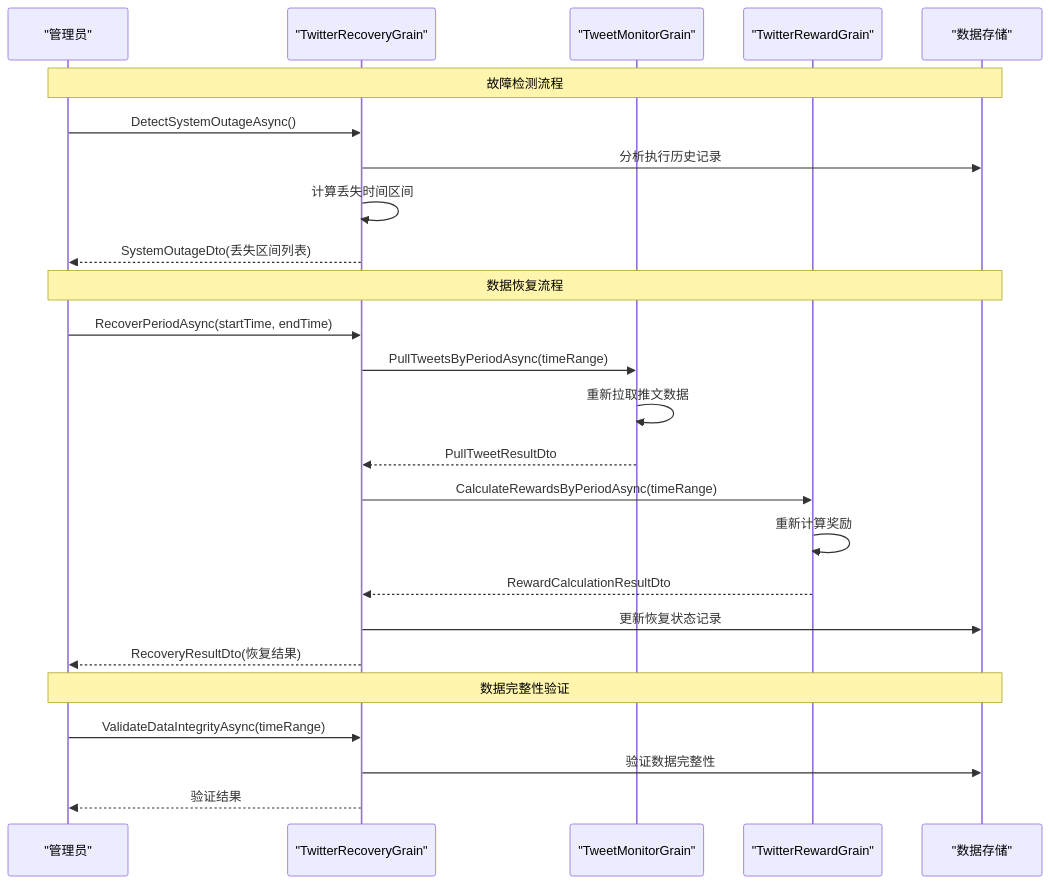
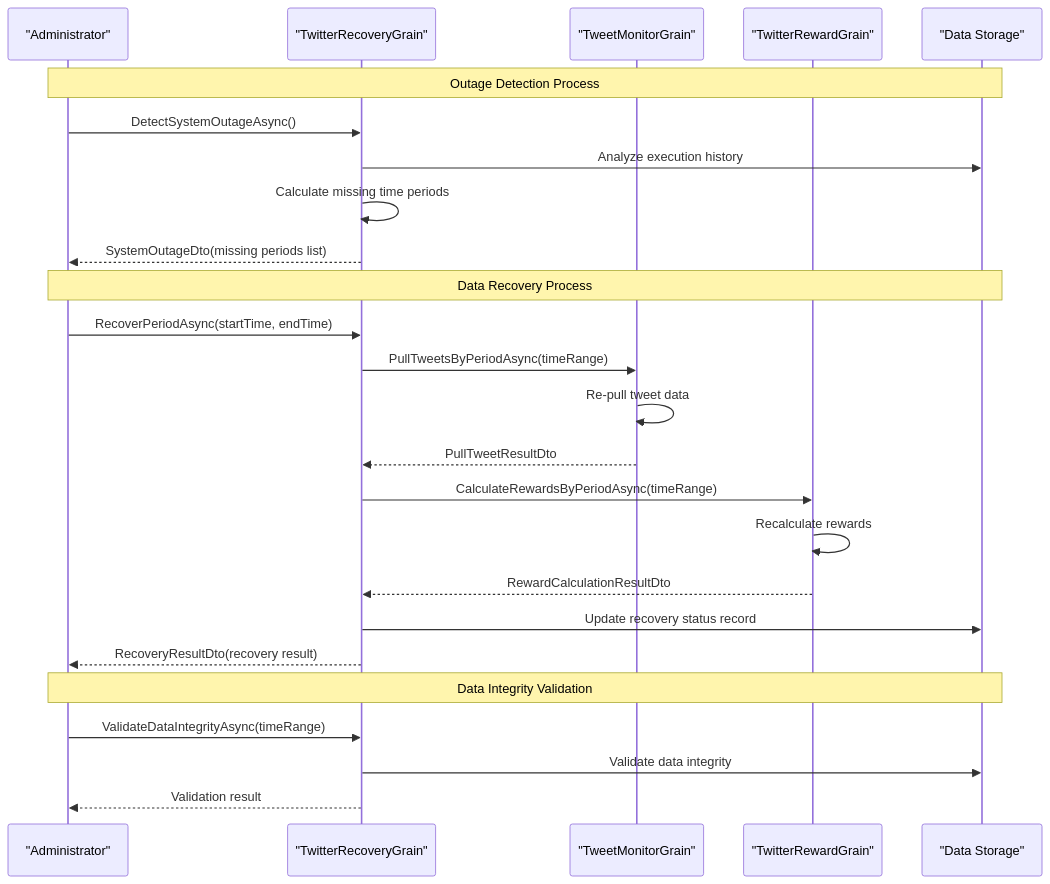
The fifth of 6 diagrams in docs/requirements/req-003-twitter-credits-reward.md (aevatarAI/godgpt), drawn with Mermaid before and after one commit. The commit also changed other lines of this file, not shown here.

First line of the commit message:
docs: Translate Chinese code comments and labels to English in Twitter credits reward system requirements

````diff
--- a/docs/requirements/req-003-twitter-credits-reward.md
+++ b/docs/requirements/req-003-twitter-credits-reward.md
@@ -1067,32 +1067,32 @@
 ```mermaid
 sequenceDiagram
-    participant Admin as "管理员"
+    participant Admin as "Administrator"
     participant TRC as "TwitterRecoveryGrain"
     participant TMG as "TweetMonitorGrain"
     participant TRG as "TwitterRewardGrain"
-    participant Storage as "数据存储"
+    participant Storage as "Data Storage"
 
-    Note over Admin,Storage: 故障检测流程
+    Note over Admin,Storage: Outage Detection Process
     Admin->>TRC: DetectSystemOutageAsync()
-    TRC->>Storage: 分析执行历史记录
-    TRC->>TRC: 计算丢失时间区间
-    TRC-->>Admin: SystemOutageDto(丢失区间列表)
+    TRC->>Storage: Analyze execution history
+    TRC->>TRC: Calculate missing time periods
+    TRC-->>Admin: SystemOutageDto(missing periods list)
     
-    Note over Admin,Storage: 数据恢复流程
+    Note over Admin,Storage: Data Recovery Process
     Admin->>TRC: RecoverPeriodAsync(startTime, endTime)
     TRC->>TMG: PullTweetsByPeriodAsync(timeRange)
-    TMG->>TMG: 重新拉取推文数据
+    TMG->>TMG: Re-pull tweet data
     TMG-->>TRC: PullTweetResultDto
     
     TRC->>TRG: CalculateRewardsByPeriodAsync(timeRange)
-    TRG->>TRG: 重新计算奖励
+    TRG->>TRG: Recalculate rewards
     TRG-->>TRC: RewardCalculationResultDto
     
-    TRC->>Storage: 更新恢复状态记录
-    TRC-->>Admin: RecoveryResultDto(恢复结果)
+    TRC->>Storage: Update recovery status record
+    TRC-->>Admin: RecoveryResultDto(recovery result)
     
-    Note over Admin,Storage: 数据完整性验证
+    Note over Admin,Storage: Data Integrity Validation
     Admin->>TRC: ValidateDataIntegrityAsync(timeRange)
-    TRC->>Storage: 验证数据完整性
-    TRC-->>Admin: 验证结果
+    TRC->>Storage: Validate data integrity
+    TRC-->>Admin: Validation result
 ```
````
